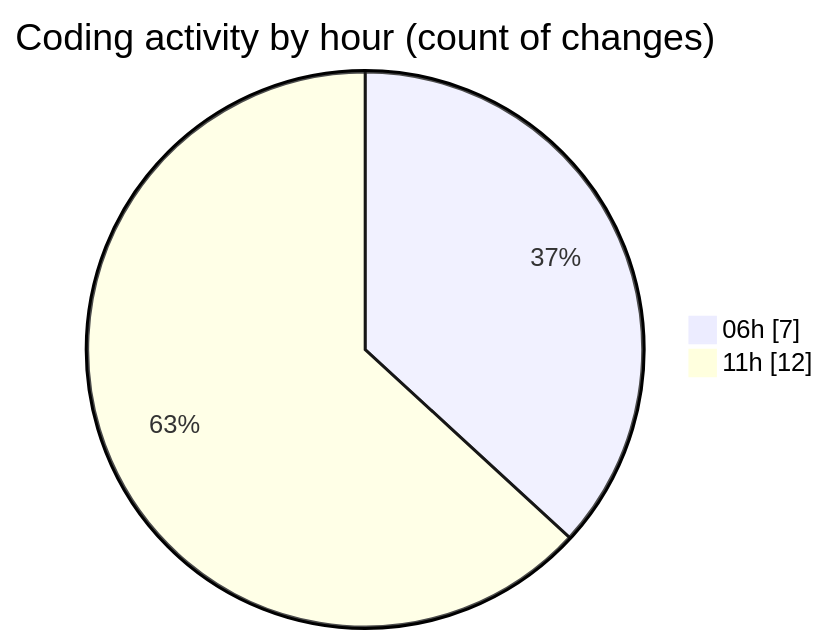
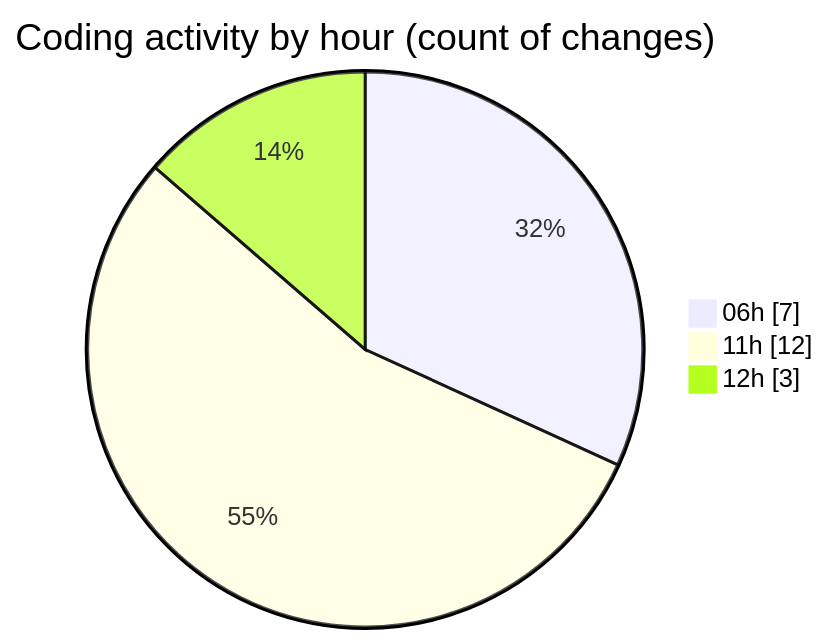
The second of 2 diagrams in 2025-07-14/ribbon/README.md (EIIisD/code-tracking), drawn with Mermaid before and after one commit. The commit also changed other lines of this file and 1 other file, not shown here.

````diff
--- a/2025-07-14/ribbon/README.md
+++ b/2025-07-14/ribbon/README.md
@@ -37,6 +40,7 @@
 ```mermaid
 pie showData
 title Coding activity by hour (count of changes)
 "06h" : 7
 "11h" : 12
+"12h" : 3
 ```
````
